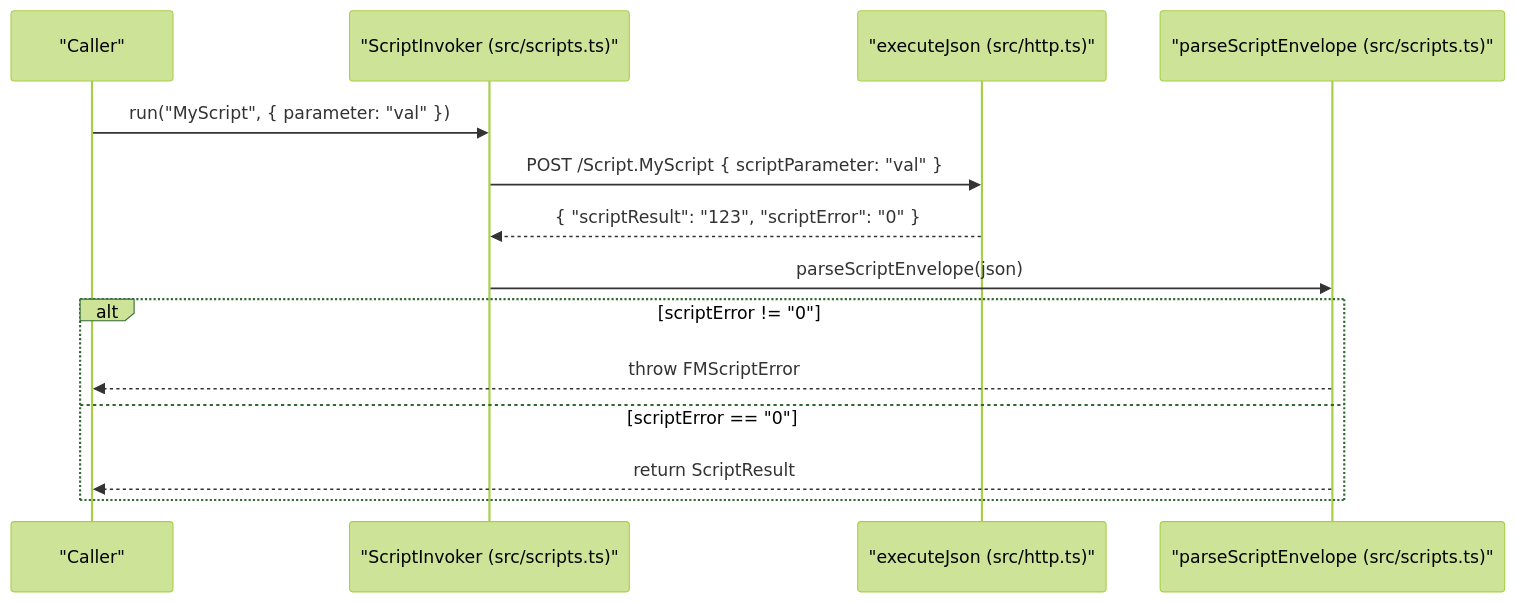
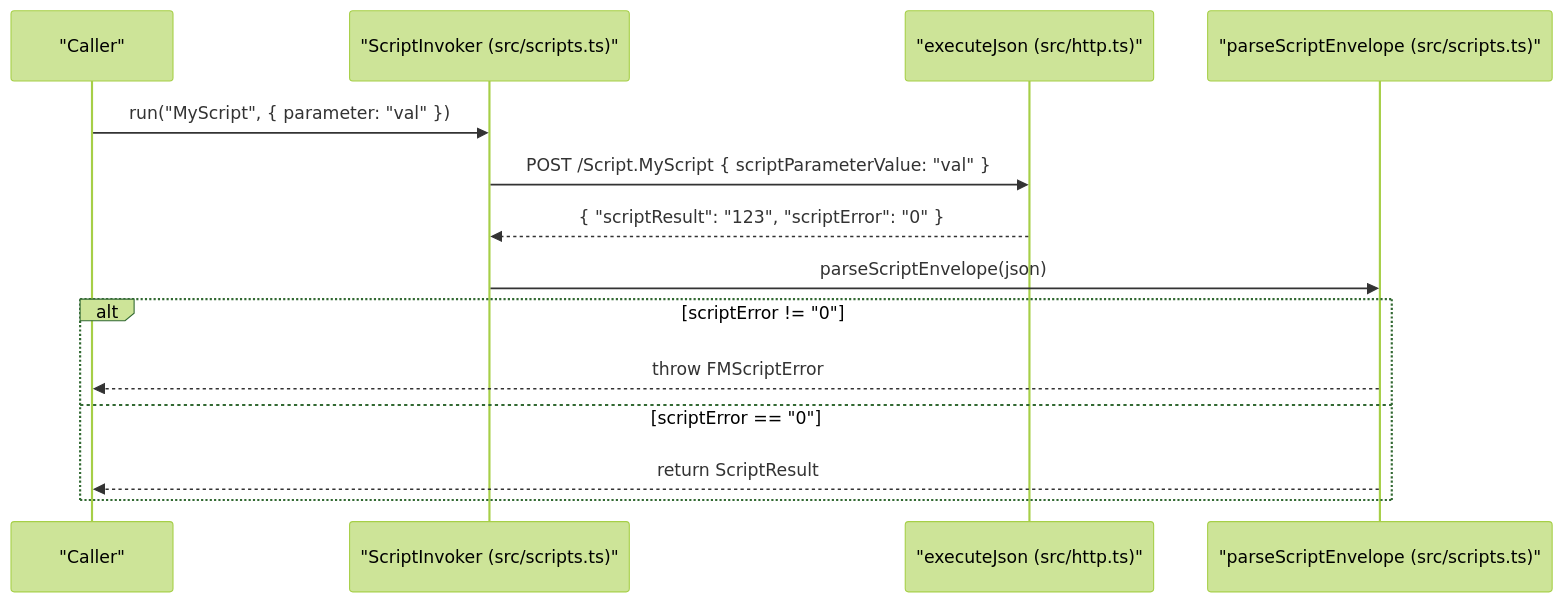
One commit to fsans/fms-odata-js changed the second of 2 diagrams in wiki/03.2-script-scopes-and-fmscripterror.md. Above: the diagram before and after it, drawn with Mermaid (forest theme). The commit also changed other lines of this file and 10 other files, not shown here.

````diff
--- a/wiki/03.2-script-scopes-and-fmscripterror.md
+++ b/wiki/03.2-script-scopes-and-fmscripterror.md
@@ -95,17 +95,17 @@
 ```mermaid
 sequenceDiagram
     participant User as "Caller"
     participant INV as "ScriptInvoker (src/scripts.ts)"
     participant HTTP as "executeJson (src/http.ts)"
     participant ERR as "parseScriptEnvelope (src/scripts.ts)"
 
     User->>INV: run("MyScript", { parameter: "val" })
-    INV->>HTTP: POST /Script.MyScript { scriptParameter: "val" }
+    INV->>HTTP: POST /Script.MyScript { scriptParameterValue: "val" }
     HTTP-->>INV: { "scriptResult": "123", "scriptError": "0" }
     INV->>ERR: parseScriptEnvelope(json)
     alt scriptError != "0"
         ERR-->>User: throw FMScriptError
     else scriptError == "0"
         ERR-->>User: return ScriptResult
     end
 ```
````
